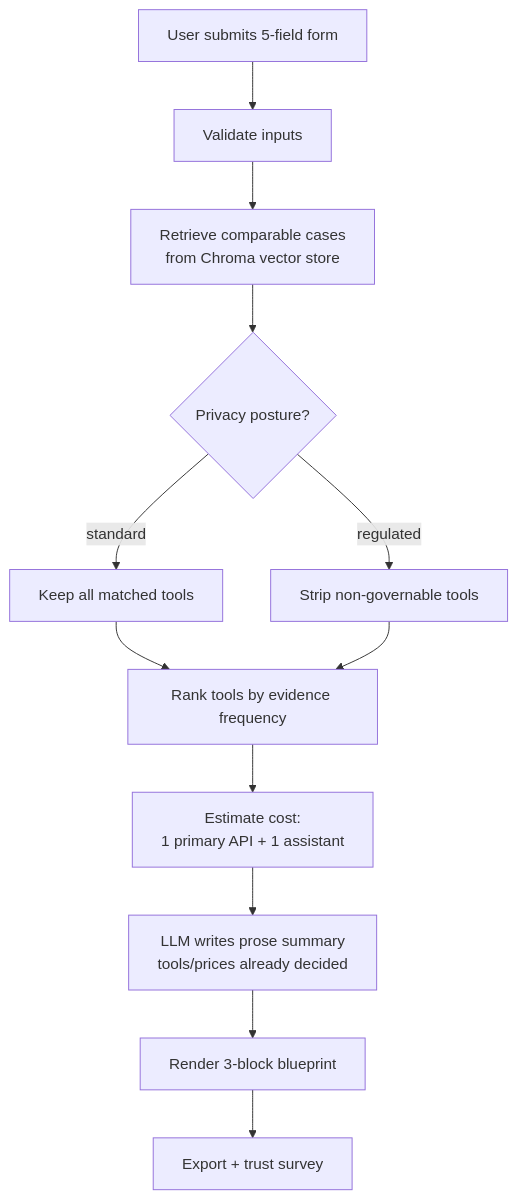
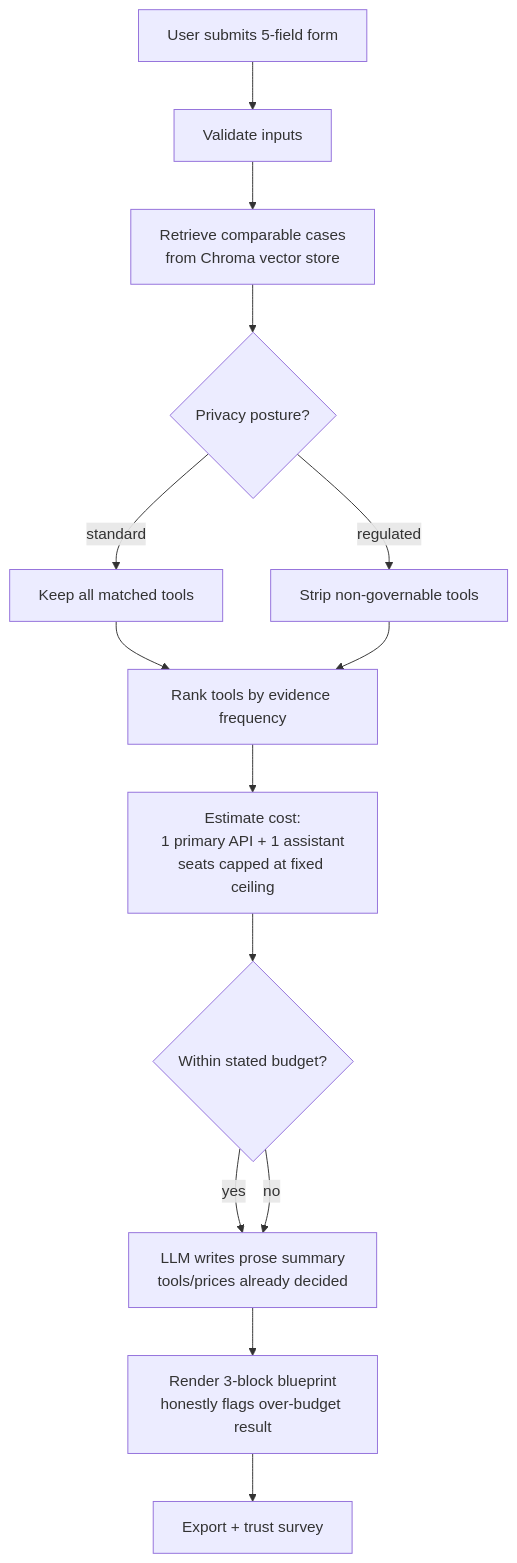
Before and after one commit to MollysCaptain/aasa: the diagram in PM & Ethics/pipeline-diagram.mmd, drawn with Mermaid. The commit also changed 7 other files, not shown here.

```diff
--- a/PM & Ethics/pipeline-diagram.mmd
+++ b/PM & Ethics/pipeline-diagram.mmd
@@ -1,12 +1,14 @@
 flowchart TD
     A[User submits 5-field form] --> B[Validate inputs]
     B --> C[Retrieve comparable cases<br/>from Chroma vector store]
     C --> D{Privacy posture?}
     D -->|standard| E[Keep all matched tools]
     D -->|regulated| F[Strip non-governable tools]
     E --> G[Rank tools by evidence frequency]
     F --> G
-    G --> H[Estimate cost:<br/>1 primary API + 1 assistant]
-    H --> I[LLM writes prose summary<br/>tools/prices already decided]
-    I --> J[Render 3-block blueprint]
+    G --> H[Estimate cost:<br/>1 primary API + 1 assistant<br/>seats capped at fixed ceiling]
+    H --> H2{Within stated budget?}
+    H2 -->|yes| I[LLM writes prose summary<br/>tools/prices already decided]
+    H2 -->|no| I
+    I --> J[Render 3-block blueprint<br/>honestly flags over-budget result]
     J --> K[Export + trust survey]
```
